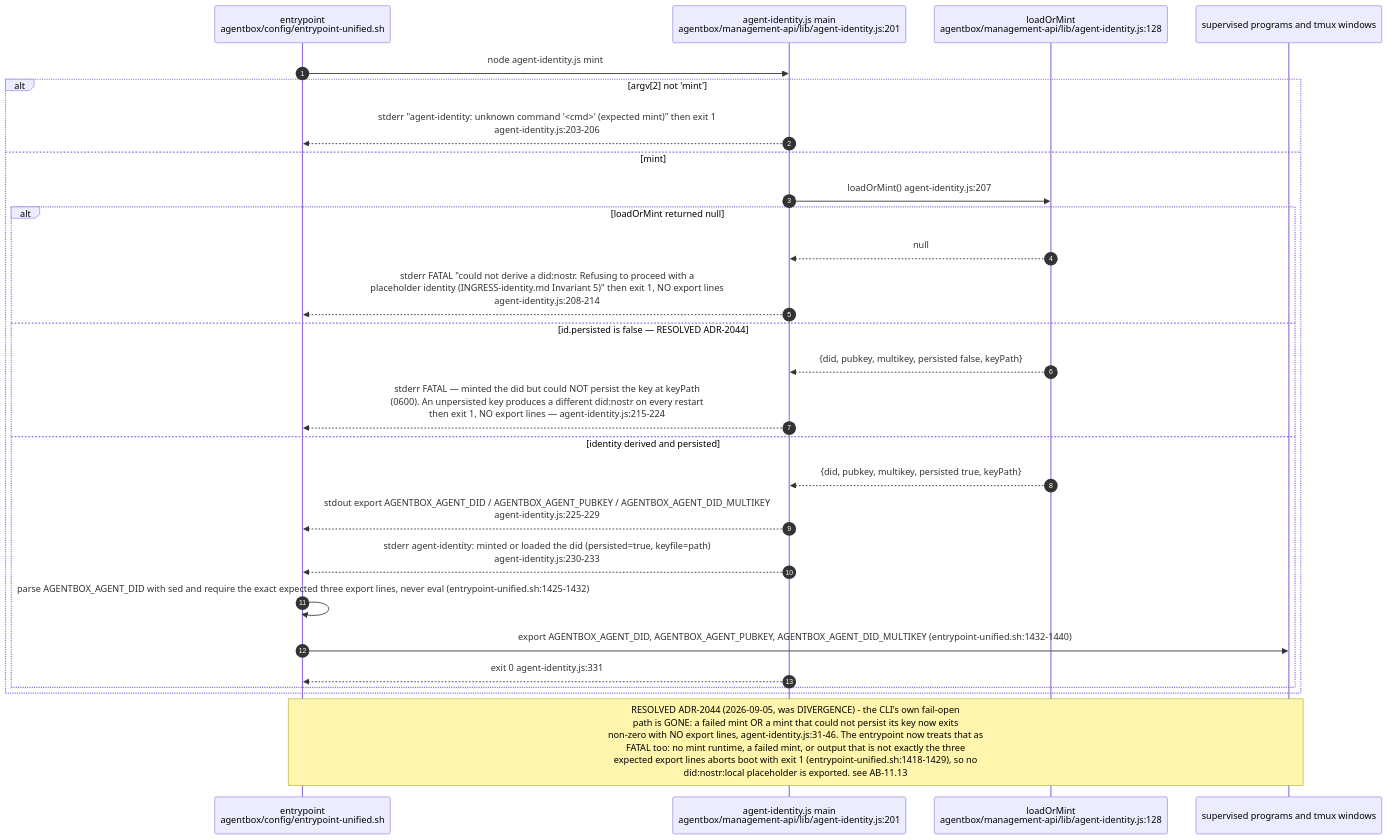
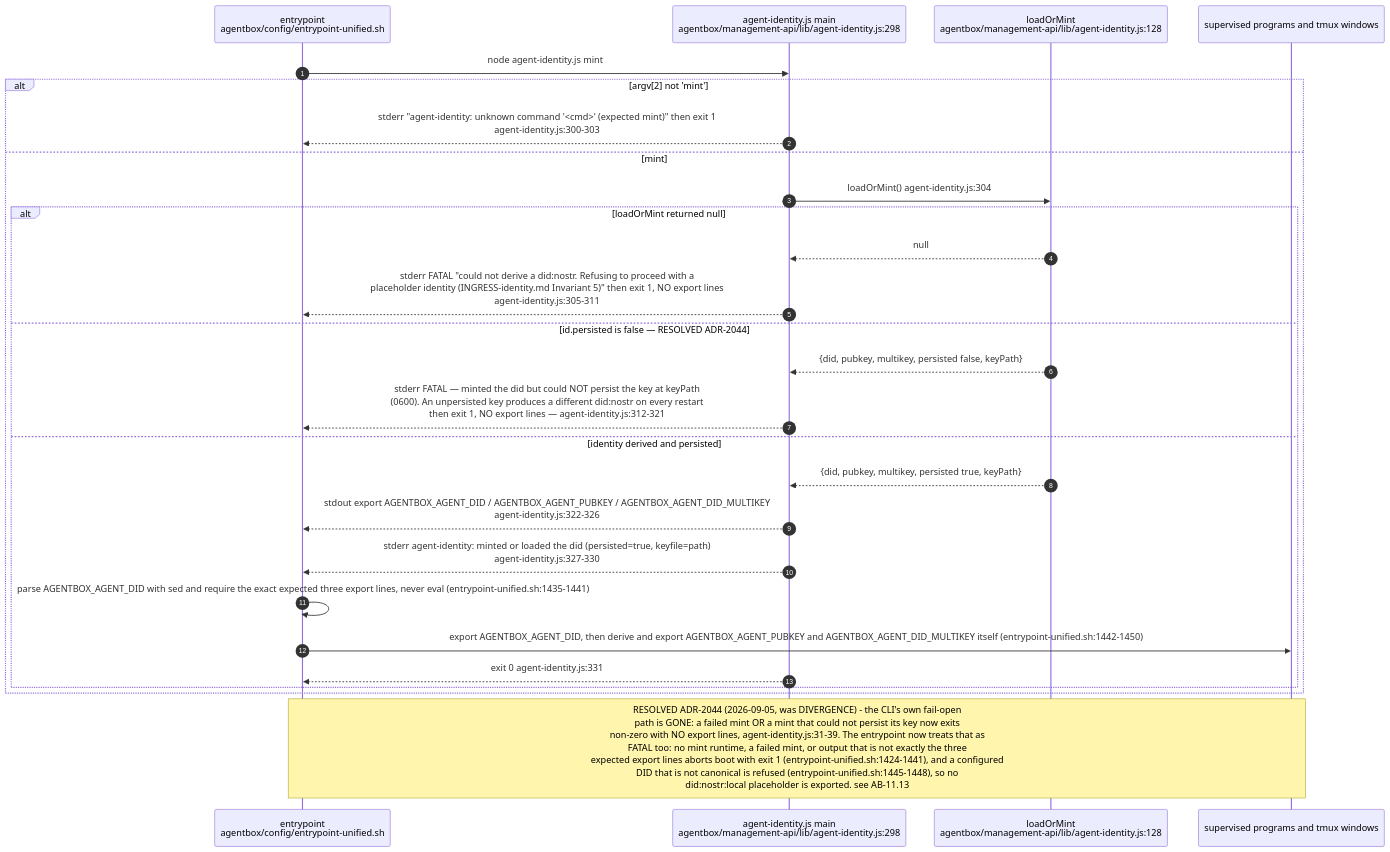
Before and after one commit to DreamLab-AI/VisionFlow: the third of 16 diagrams in docs/diagrams/agentbox/11-identity-did-mandate-authority.md, drawn with Mermaid. The commit also changed other lines of this file and 173 other files, not shown here.

````diff
--- a/docs/diagrams/agentbox/11-identity-did-mandate-authority.md
+++ b/docs/diagrams/agentbox/11-identity-did-mandate-authority.md
@@ -152,30 +156,30 @@
 ```mermaid
 sequenceDiagram
     autonumber
     participant EP as entrypoint<br/>agentbox/config/entrypoint-unified.sh
-    participant CLI as agent-identity.js main<br/>agentbox/management-api/lib/agent-identity.js:201
+    participant CLI as agent-identity.js main<br/>agentbox/management-api/lib/agent-identity.js:298
     participant LM as loadOrMint<br/>agentbox/management-api/lib/agent-identity.js:128
     participant SHELL as supervised programs and tmux windows
 
     EP->>CLI: node agent-identity.js mint
     alt argv[2] not 'mint'
-        CLI-->>EP: stderr "agent-identity: unknown command '<cmd>' (expected mint)" then exit 1<br/>agent-identity.js:203-206
+        CLI-->>EP: stderr "agent-identity: unknown command '<cmd>' (expected mint)" then exit 1<br/>agent-identity.js:300-303
     else mint
-        CLI->>LM: loadOrMint() agent-identity.js:207
+        CLI->>LM: loadOrMint() agent-identity.js:304
         alt loadOrMint returned null
             LM-->>CLI: null
-            CLI-->>EP: stderr FATAL "could not derive a did:nostr. Refusing to proceed with a<br/>placeholder identity (INGRESS-identity.md Invariant 5)" then exit 1, NO export lines<br/>agent-identity.js:208-214
+            CLI-->>EP: stderr FATAL "could not derive a did:nostr. Refusing to proceed with a<br/>placeholder identity (INGRESS-identity.md Invariant 5)" then exit 1, NO export lines<br/>agent-identity.js:305-311
         else id.persisted is false — RESOLVED ADR-2044
             LM-->>CLI: {did, pubkey, multikey, persisted false, keyPath}
-            CLI-->>EP: stderr FATAL — minted the did but could NOT persist the key at keyPath<br/>(0600). An unpersisted key produces a different did:nostr on every restart<br/>then exit 1, NO export lines — agent-identity.js:215-224
+            CLI-->>EP: stderr FATAL — minted the did but could NOT persist the key at keyPath<br/>(0600). An unpersisted key produces a different did:nostr on every restart<br/>then exit 1, NO export lines — agent-identity.js:312-321
         else identity derived and persisted
             LM-->>CLI: {did, pubkey, multikey, persisted true, keyPath}
-            CLI-->>EP: stdout export AGENTBOX_AGENT_DID / AGENTBOX_AGENT_PUBKEY / AGENTBOX_AGENT_DID_MULTIKEY<br/>agent-identity.js:225-229
-            CLI-->>EP: stderr agent-identity: minted or loaded the did (persisted=true, keyfile=path)<br/>agent-identity.js:230-233
-            EP->>EP: parse AGENTBOX_AGENT_DID with sed and require the exact expected three export lines, never eval (entrypoint-unified.sh:1425-1432)
-            EP->>SHELL: export AGENTBOX_AGENT_DID, AGENTBOX_AGENT_PUBKEY, AGENTBOX_AGENT_DID_MULTIKEY (entrypoint-unified.sh:1432-1440)
+            CLI-->>EP: stdout export AGENTBOX_AGENT_DID / AGENTBOX_AGENT_PUBKEY / AGENTBOX_AGENT_DID_MULTIKEY<br/>agent-identity.js:322-326
+            CLI-->>EP: stderr agent-identity: minted or loaded the did (persisted=true, keyfile=path)<br/>agent-identity.js:327-330
+            EP->>EP: parse AGENTBOX_AGENT_DID with sed and require the exact expected three export lines, never eval (entrypoint-unified.sh:1435-1441)
+            EP->>SHELL: export AGENTBOX_AGENT_DID, then derive and export AGENTBOX_AGENT_PUBKEY and AGENTBOX_AGENT_DID_MULTIKEY itself (entrypoint-unified.sh:1442-1450)
             CLI-->>EP: exit 0 agent-identity.js:331
         end
     end
-    Note over EP,SHELL: RESOLVED ADR-2044 (2026-09-05, was DIVERGENCE) - the CLI's own fail-open<br/>path is GONE: a failed mint OR a mint that could not persist its key now exits<br/>non-zero with NO export lines, agent-identity.js:31-46. The entrypoint now treats that as<br/>FATAL too: no mint runtime, a failed mint, or output that is not exactly the three<br/>expected export lines aborts boot with exit 1 (entrypoint-unified.sh:1418-1429), so no<br/>did:nostr:local placeholder is exported. see AB-11.13
+    Note over EP,SHELL: RESOLVED ADR-2044 (2026-09-05, was DIVERGENCE) - the CLI's own fail-open<br/>path is GONE: a failed mint OR a mint that could not persist its key now exits<br/>non-zero with NO export lines, agent-identity.js:31-39. The entrypoint now treats that as<br/>FATAL too: no mint runtime, a failed mint, or output that is not exactly the three<br/>expected export lines aborts boot with exit 1 (entrypoint-unified.sh:1424-1441), and a configured<br/>DID that is not canonical is refused (entrypoint-unified.sh:1445-1448), so no<br/>did:nostr:local placeholder is exported. see AB-11.13
 ```
````
